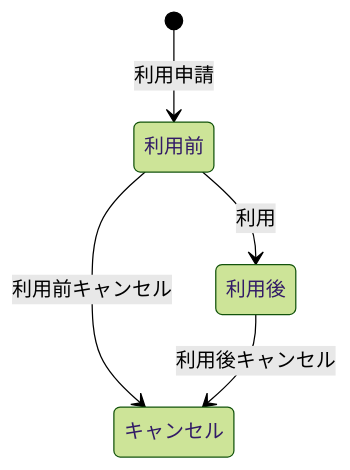
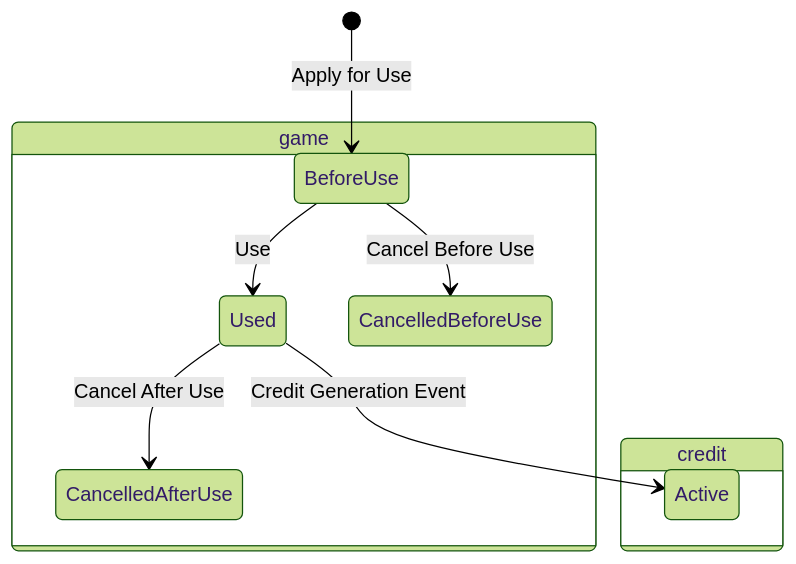
One commit to tkhrk1010/kakfa-kappa-sample changed the diagram in game_accounting_sample/README.md. Above: the diagram before and after it, drawn with Mermaid (forest theme). The commit also changed other lines of this file and 7 other files, not shown here.

Commit message:
add: credit for game

````diff
--- a/game_accounting_sample/README.md
+++ b/game_accounting_sample/README.md
@@ -3,7 +3,18 @@
 ```mermaid  
 stateDiagram
-    [*] --> 利用前: 利用申請
-    利用前 --> 利用後: 利用
-    利用前 --> キャンセル: 利用前キャンセル
-    利用後 --> キャンセル: 利用後キャンセル
+
+[*] --> BeforeUse: Apply for Use
+state game {
+    BeforeUse --> Used: Use
+    Used --> CancelledAfterUse: Cancel After Use
+    BeforeUse --> CancelledBeforeUse: Cancel Before Use
+}
+
+Used --> Active: Credit Generation Event
+
+state credit {
+    Active
+}
+
+
 ```
````
